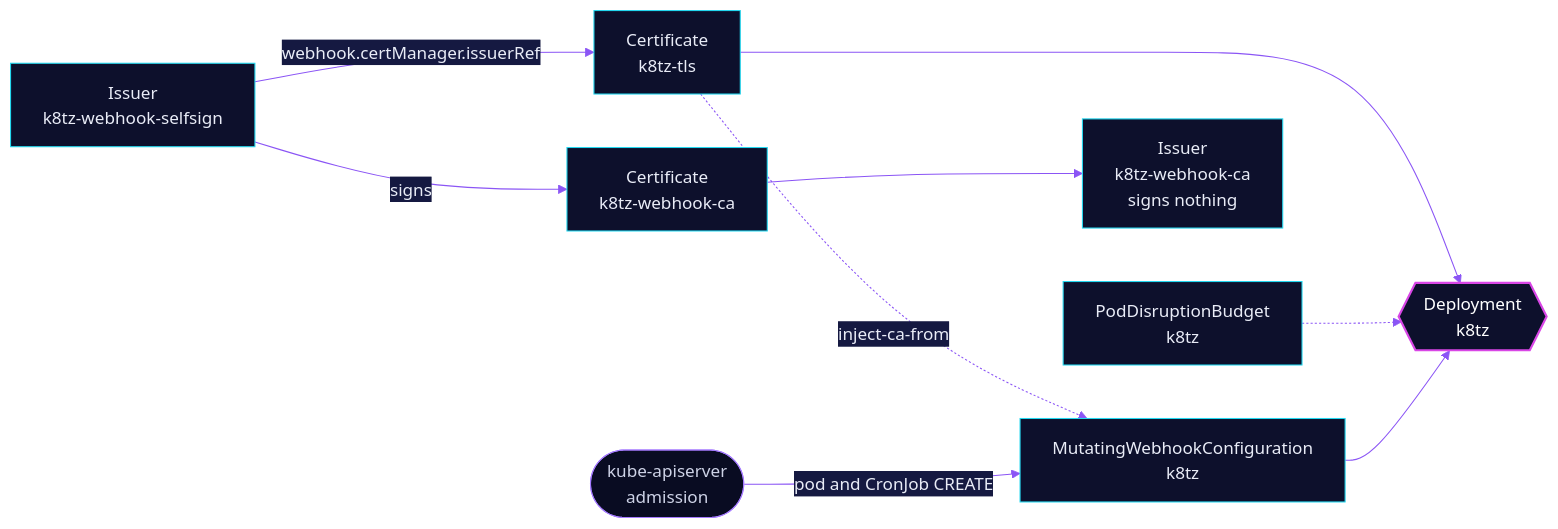
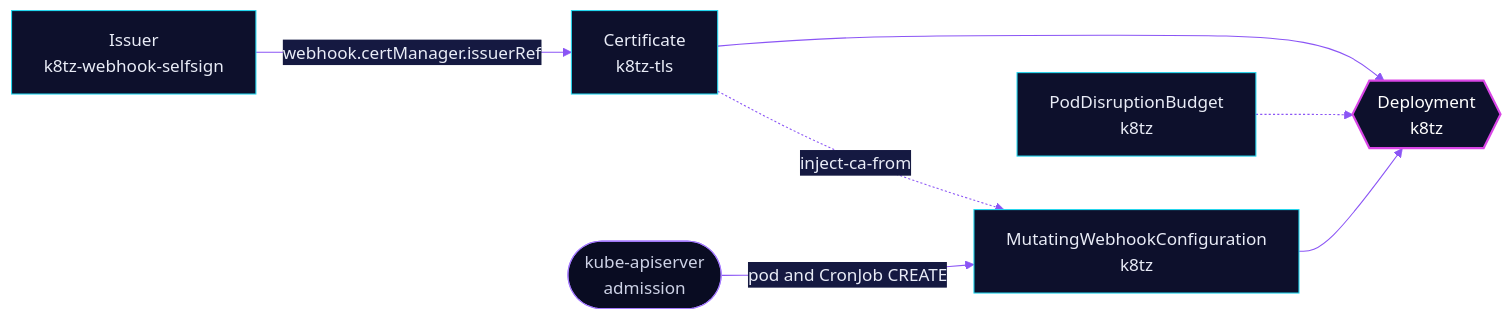
The diagram in kubernetes/apps/base/system-controller/k8tz/README.md (skrumbach/home-ops), drawn with Mermaid before and after one commit. The commit also changed other lines of this file and 31 other files, not shown here.

````diff
--- a/kubernetes/apps/base/system-controller/k8tz/README.md
+++ b/kubernetes/apps/base/system-controller/k8tz/README.md
@@ -38,16 +38,14 @@
 ```mermaid
 %%{init: {'theme':'base','themeVariables':{'primaryColor':'#0D102C','primaryTextColor':'#E9ECF7','primaryBorderColor':'#22D8F0','lineColor':'#8B55F5','secondaryColor':'#151941','tertiaryColor':'#090C22','edgeLabelBackground':'#151941'}}}%%
 flowchart LR
   i1["Issuer<br/>k8tz-webhook-selfsign"] -->|"webhook.certManager.issuerRef"| wc["Certificate<br/>k8tz-tls"]
   wc --> d{{"Deployment<br/>k8tz"}}
   wc -.->|inject-ca-from| mwc["MutatingWebhookConfiguration<br/>k8tz"]
-  i1 -->|signs| ca["Certificate<br/>k8tz-webhook-ca"]
-  ca --> i2["Issuer<br/>k8tz-webhook-ca<br/>signs nothing"]
   pdb["PodDisruptionBudget<br/>k8tz"] -.-> d
   api(["kube-apiserver<br/>admission"]) -->|"pod and CronJob CREATE"| mwc
   mwc --> d
   classDef accent fill:#0D102C,stroke:#D946E6,stroke-width:2px,color:#FFFFFF
   classDef ext fill:#090C22,stroke:#A57BFF,color:#CDD2E6
   class d accent
   class api ext
 ```
````
